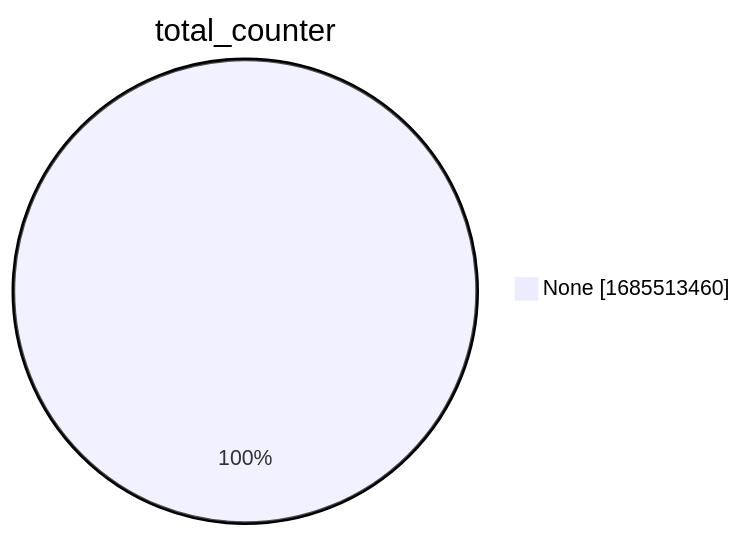
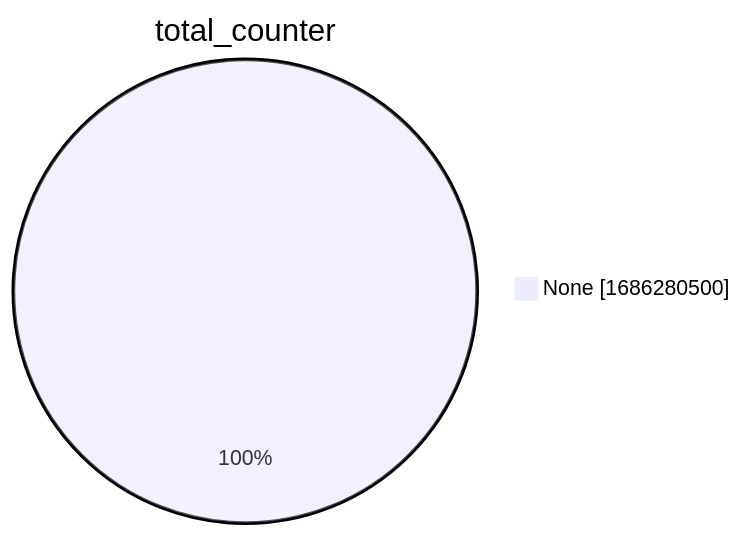
One commit to christiankrug/ctmonitor_visualization changed the second of 15 diagrams in xenon2022/README.md. Above: the diagram before and after it, drawn with Mermaid. The commit also changed other lines of this file, not shown here.

````diff
--- a/xenon2022/README.md
+++ b/xenon2022/README.md
@@ -9,5 +9,5 @@
 ```mermaid
 pie showData
 title total_counter
-"None" :1685513460
+"None" :1686280500
 ```
````
